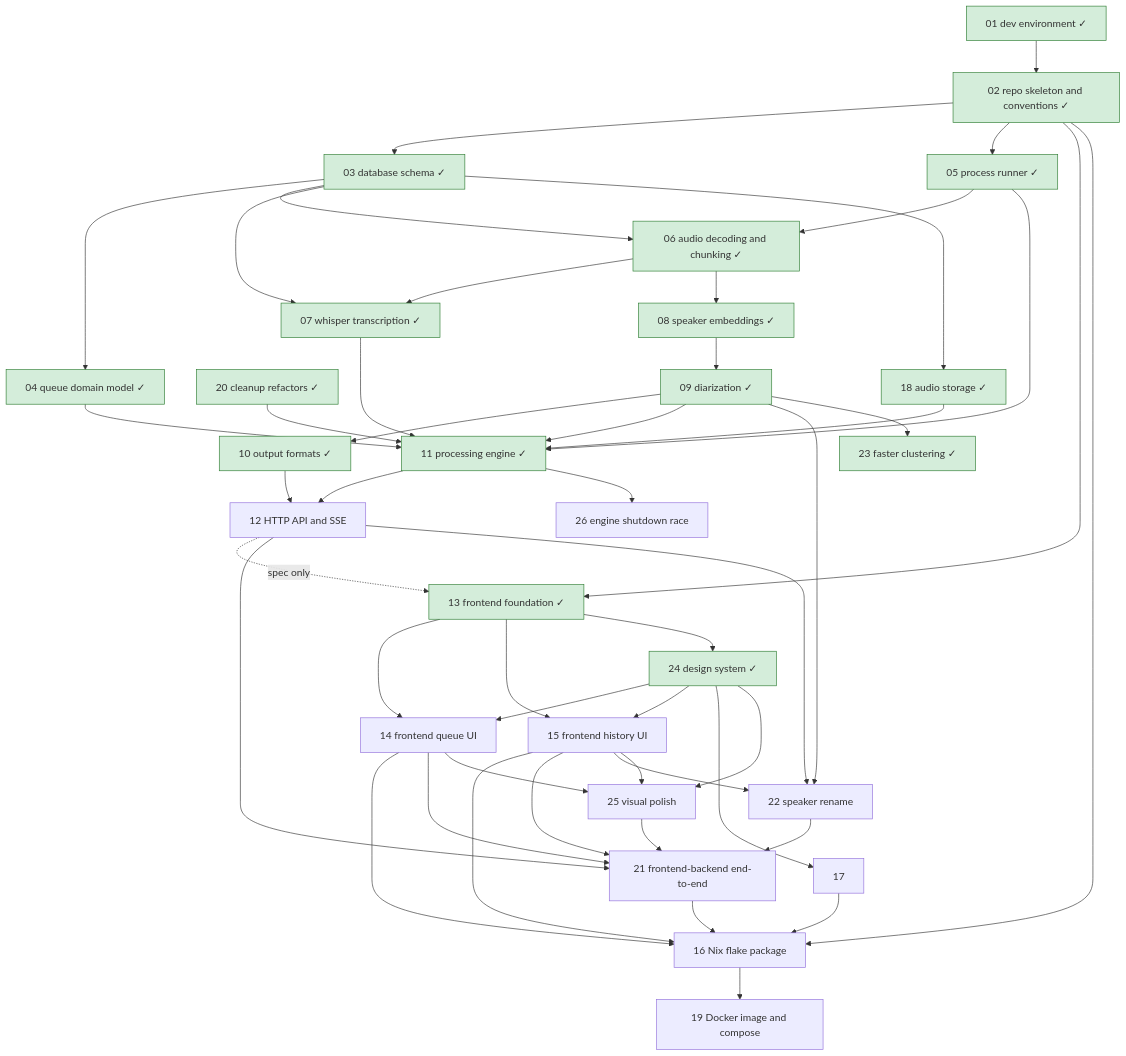
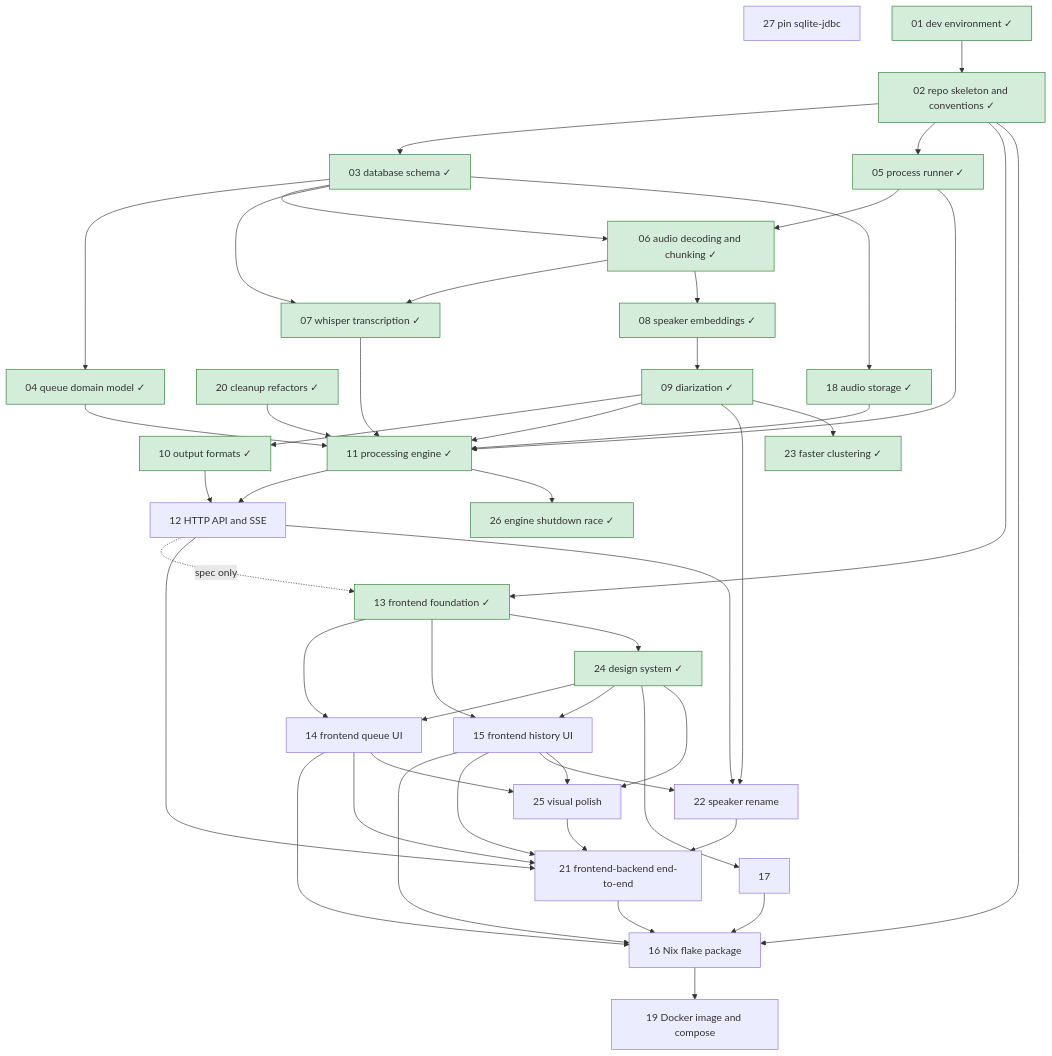
The diagram in roadmap/README.md (lulu-berlin/speech-to-text-app), drawn with Mermaid before and after one commit. The commit also changed other lines of this file and 3 other files, not shown here.

Commit message:
Complete roadmap item 26; renumber its ADR to 0039; draft item 27

````diff
--- a/roadmap/README.md
+++ b/roadmap/README.md
@@ -17,52 +17,53 @@
 ```mermaid
 graph TD
   01[01 dev environment ✓]:::done --> 02[02 repo skeleton and conventions ✓]:::done
   02 --> 03[03 database schema ✓]:::done
   03 --> 04[04 queue domain model ✓]:::done
   02 --> 05[05 process runner ✓]:::done
   05 --> 06[06 audio decoding and chunking ✓]:::done
   03 --> 06
   06 --> 07[07 whisper transcription ✓]:::done
   03 --> 07
   06 --> 08[08 speaker embeddings ✓]:::done
   08 --> 09[09 diarization ✓]:::done
   09 --> 10[10 output formats ✓]:::done
   04 --> 11[11 processing engine ✓]:::done
   05 --> 11
   07 --> 11
   09 --> 11
   03 --> 18[18 audio storage ✓]:::done
   18 --> 11
   20 --> 11
   11 --> 12[12 HTTP API and SSE]
   10 --> 12
   02 --> 13[13 frontend foundation ✓]:::done
   12 -. spec only .-> 13
   13 --> 14[14 frontend queue UI]
   13 --> 15[15 frontend history UI]
   02 --> 16[16 Nix flake package]
   14 --> 16
   15 --> 16
   17 --> 16
   20[20 cleanup refactors ✓]:::done
   12 --> 21[21 frontend-backend end-to-end]
   14 --> 21
   15 --> 21
   22 --> 21
   25 --> 21
   16 --> 19[19 Docker image and compose]
   21 --> 16
   09 --> 22[22 speaker rename]
   12 --> 22
   15 --> 22
   09 --> 23[23 faster clustering ✓]:::done
   13 --> 24[24 design system ✓]:::done
   24 --> 14
   24 --> 15
   24 --> 17
   24 --> 25[25 visual polish]
   14 --> 25
   15 --> 25
-  11 --> 26[26 engine shutdown race]
+  11 --> 26[26 engine shutdown race ✓]:::done
+  27[27 pin sqlite-jdbc]
   classDef done fill:#d4edda,stroke:#2e7d32
 ```
````
